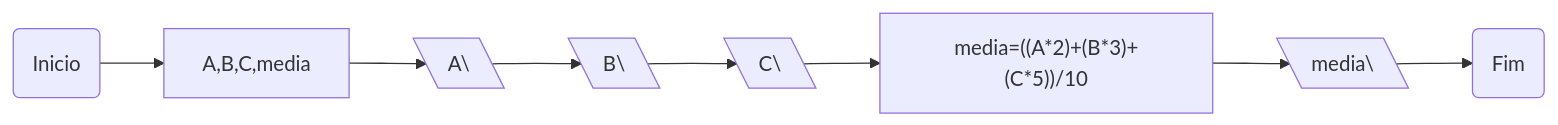
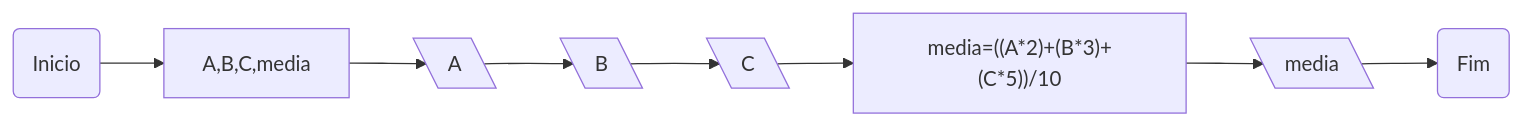
Before and after one commit to mari-roc/algorithms-logic: the diagram in algo03/q3flow.md, drawn with Mermaid.

Commit message:
fixing mermaid

````diff
--- a/algo03/q3flow.md
+++ b/algo03/q3flow.md
@@ -8,10 +8,13 @@
 ```mermaid
+---
+id: c4064760-01a1-483b-966b-fce73451419f
+---
 graph LR
     A(Inicio) --> B[A,B,C,media]
-    B --> C[\A\\]
-    C --> D[\B\\]
-    D --> E[\C\\]
+    B --> C[\A\]
+    C --> D[\B\]
+    D --> E[\C\]
     E --> F["media=((A*2)+(B*3)+(C*5))/10"]
-    F --> G[\media\\]
+    F --> G[\media\]
     G --> H(Fim)
 ```
````
